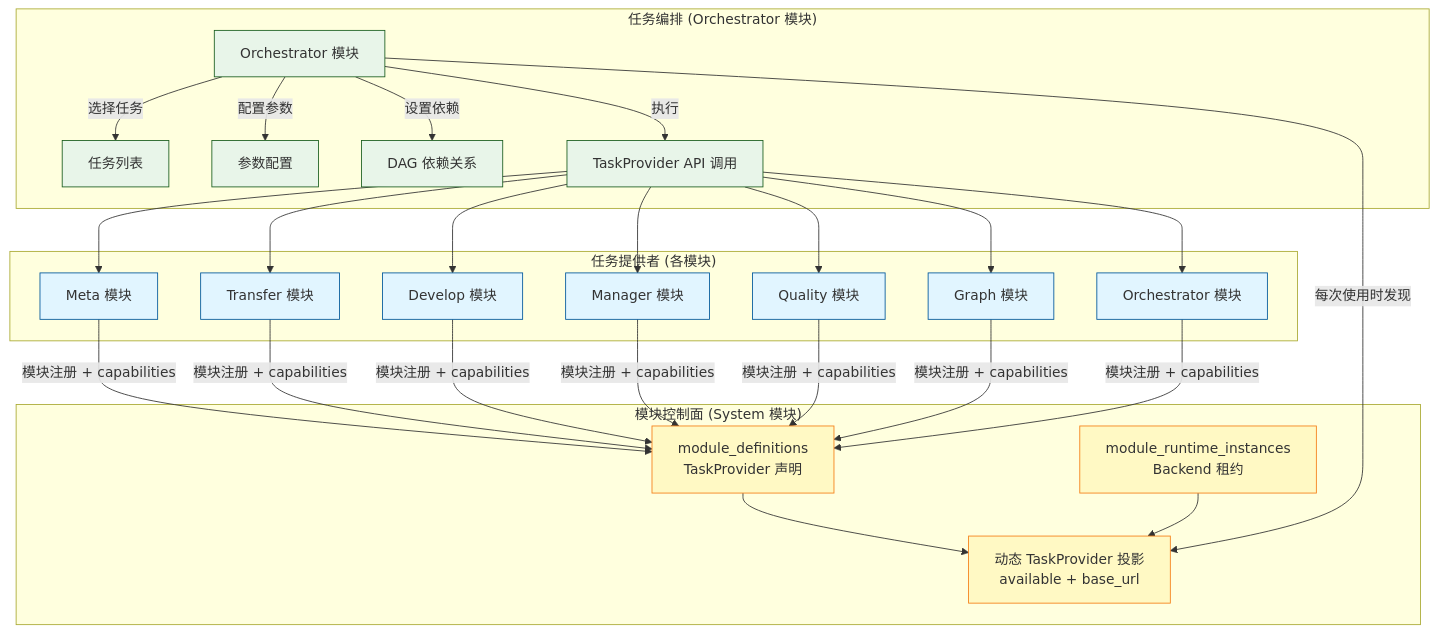
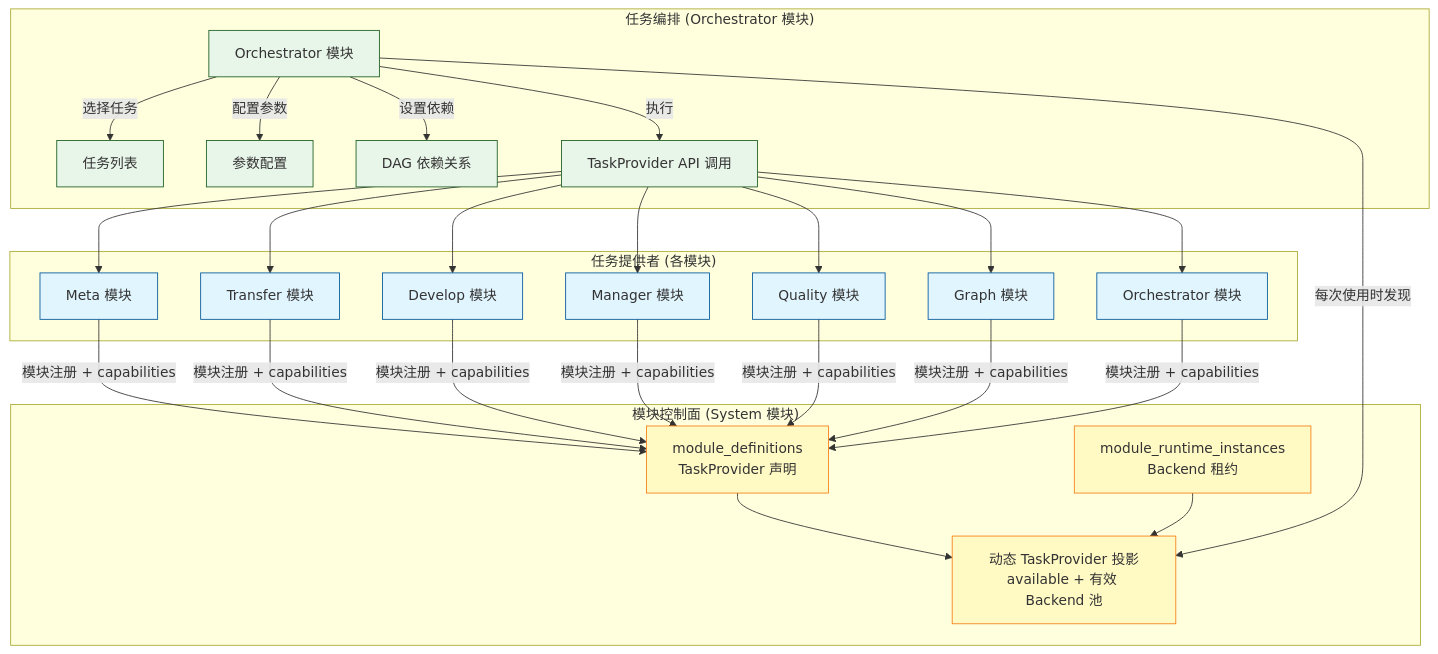
One commit to pampa0629/addp changed the first of 6 diagrams in docs/concepts/addp任务编排体系图.md. Above: the diagram before and after it, drawn with Mermaid. The commit also changed other lines of this file and 130 other files, not shown here.

````diff
--- a/docs/concepts/addp任务编排体系图.md
+++ b/docs/concepts/addp任务编排体系图.md
@@ -35,55 +35,55 @@
 ```mermaid
 graph TB
     subgraph "任务提供者 (各模块)"
         Meta[Meta 模块]
         Transfer[Transfer 模块]
         Develop[Develop 模块]
         Manager[Manager 模块]
         Quality[Quality 模块]
         Graph[Graph 模块]
         OrchestratorProvider[Orchestrator 模块]
     end
 
     subgraph "模块控制面 (System 模块)"
         Definitions[module_definitions<br/>TaskProvider 声明]
         Instances[module_runtime_instances<br/>Backend 租约]
-        Projection[动态 TaskProvider 投影<br/>available + base_url]
+        Projection[动态 TaskProvider 投影<br/>available + 有效 Backend 池]
 
         Definitions --> Projection
         Instances --> Projection
     end
 
     Meta --> |模块注册 + capabilities| Definitions
     Transfer --> |模块注册 + capabilities| Definitions
     Develop --> |模块注册 + capabilities| Definitions
     Manager --> |模块注册 + capabilities| Definitions
     Quality --> |模块注册 + capabilities| Definitions
     Graph --> |模块注册 + capabilities| Definitions
     OrchestratorProvider --> |模块注册 + capabilities| Definitions
 
     subgraph "任务编排 (Orchestrator 模块)"
         Orchestrator[Orchestrator 模块]
 
         Orchestrator --> |每次使用时发现| Projection
         Orchestrator --> |选择任务| Tasks[任务列表]
         Orchestrator --> |配置参数| Params[参数配置]
         Orchestrator --> |设置依赖| DAG[DAG 依赖关系]
         Orchestrator --> |执行| Call[TaskProvider API 调用]
     end
 
     Call --> Meta
     Call --> Transfer
     Call --> Develop
     Call --> Manager
     Call --> Quality
     Call --> Graph
     Call --> OrchestratorProvider
 
     classDef provider fill:#e1f5ff,stroke:#01579b
     classDef registry fill:#fff9c4,stroke:#f57f17
     classDef orchestrator fill:#e8f5e9,stroke:#1b5e20
 
     class Meta,Transfer,Develop,Manager,Quality,Graph,OrchestratorProvider provider
     class Definitions,Instances,Projection registry
     class Orchestrator,Tasks,Params,DAG,Call orchestrator
 ```
````
